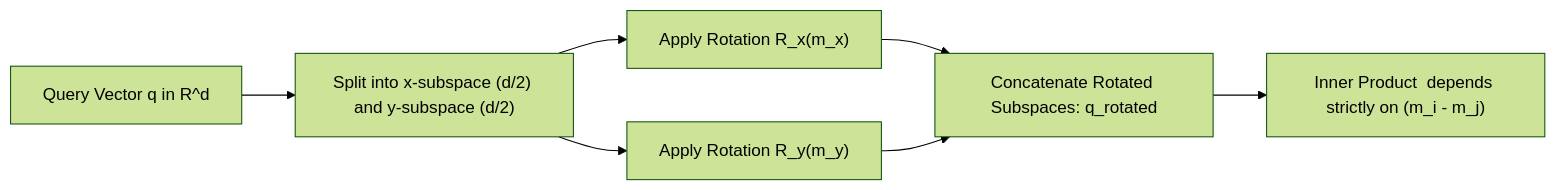
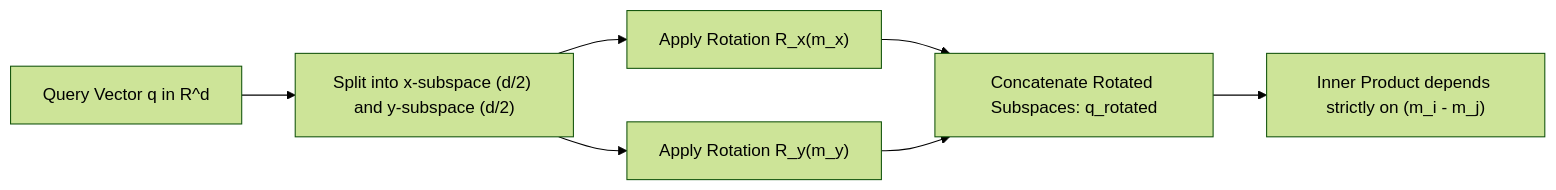
The second of 7 diagrams in blogs/blog_src/foundational_vision_models_math.md (tryhard-26/adriteyo_das), drawn with Mermaid (forest theme) before and after one commit. The commit also changed other lines of this file and 1 other file, not shown here.

````diff
--- a/blogs/blog_src/foundational_vision_models_math.md
+++ b/blogs/blog_src/foundational_vision_models_math.md
@@ -85,9 +85,9 @@
 ```mermaid
 graph LR
     A["Query Vector q in R^d"] --> B["Split into x-subspace (d/2) and y-subspace (d/2)"]
     B --> C["Apply Rotation R_x(m_x)"]
     B --> D["Apply Rotation R_y(m_y)"]
     C --> E["Concatenate Rotated Subspaces: q_rotated"]
     D --> E
-    E --> F["Inner Product <q_i, k_j> depends strictly on (m_i - m_j)"]
+    E --> F["Inner Product depends strictly on (m_i - m_j)"]
 ```
````
